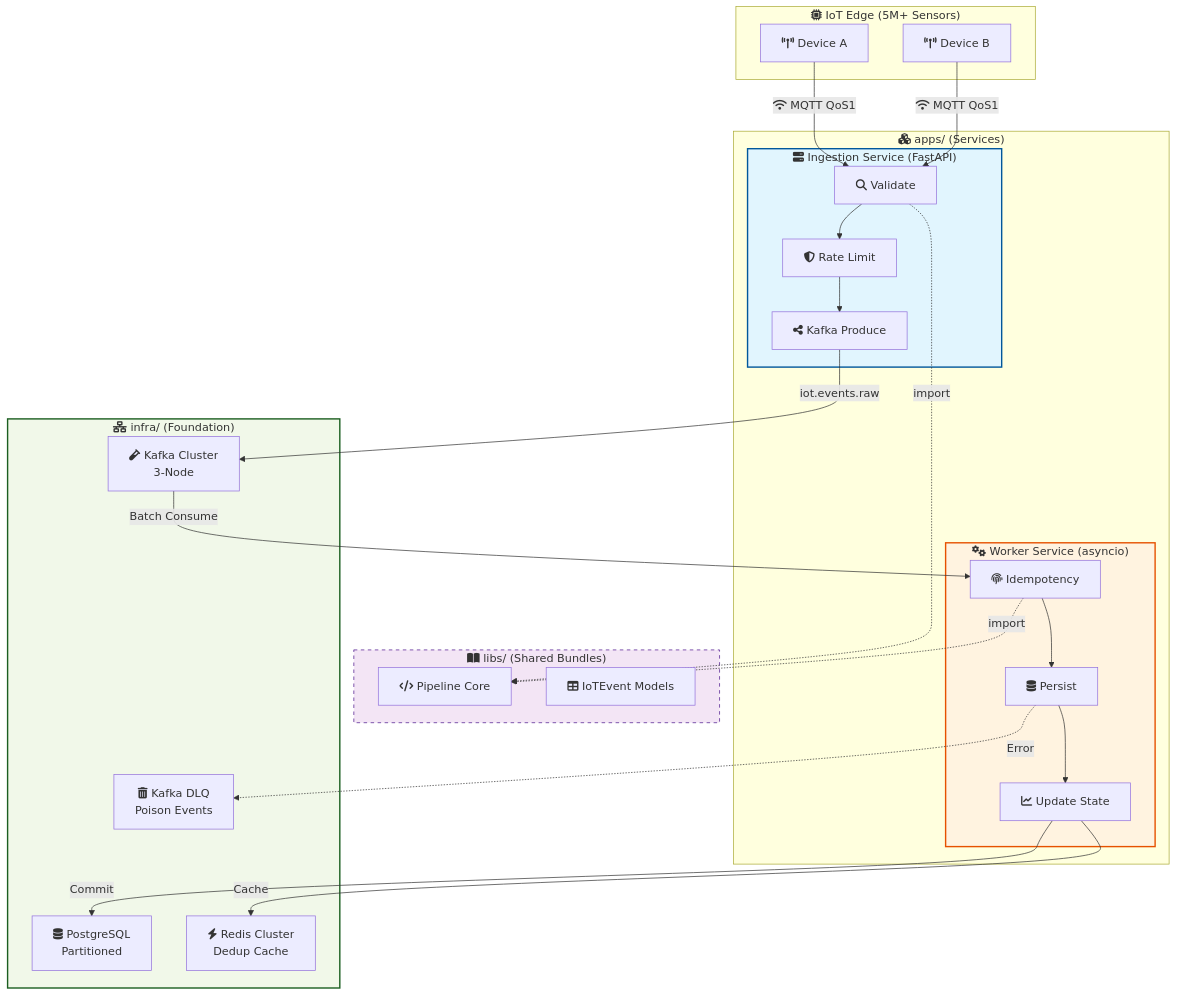
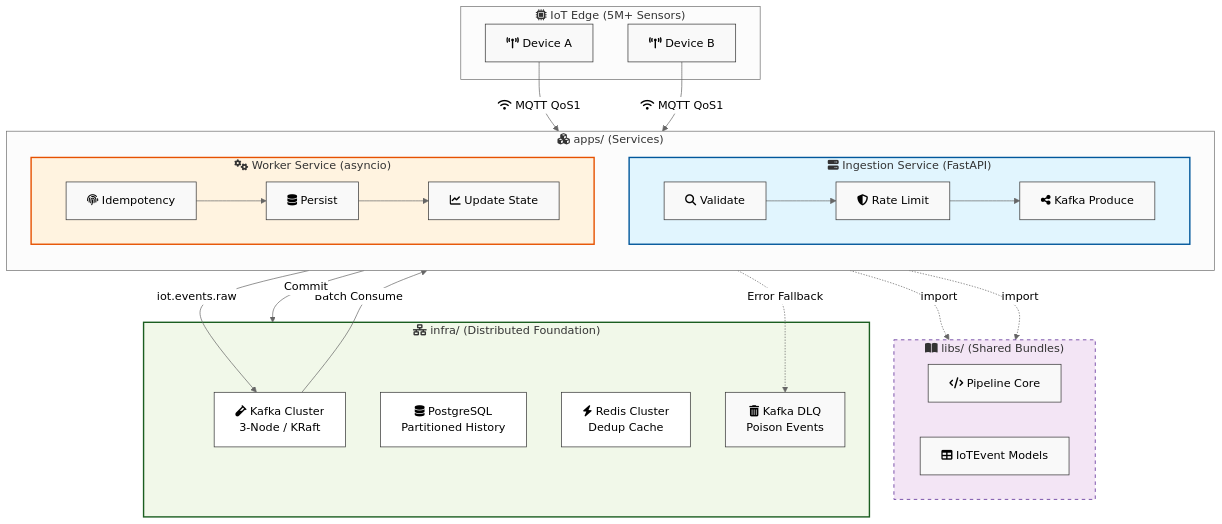
One commit to umeshror/iotflow-distributed-system changed the second of 2 diagrams in README.md. Above: the diagram before and after it, drawn with Mermaid.

````diff
--- a/README.md
+++ b/README.md
@@ -44,47 +44,51 @@
 ```mermaid
+%%{init: {'theme': 'neutral', 'themeVariables': { 'mainBkg': '#f9f9f9', 'nodeBorder': '#333'}}}%%
 graph TB
     subgraph Devices["fa:fa-microchip IoT Edge (5M+ Sensors)"]
-        D1["fa:fa-broadcast-tower Device A"]
-        D2["fa:fa-broadcast-tower Device B"]
+        D1[fa:fa-broadcast-tower Device A]
+        D2[fa:fa-broadcast-tower Device B]
     end
 
     subgraph apps["fa:fa-cubes apps/ (Services)"]
+        direction TB
         subgraph IS["fa:fa-server Ingestion Service (FastAPI)"]
-            P1["fa:fa-search Validate"] --> P2["fa:fa-shield-halved Rate Limit"]
-            P2 --> P3["fa:fa-share-nodes Kafka Produce"]
+            direction LR
+            P1[fa:fa-search Validate] --> P2[fa:fa-shield-halved Rate Limit] --> P3[fa:fa-share-nodes Kafka Produce]
         end
         
         subgraph WS["fa:fa-gears Worker Service (asyncio)"]
-            H1["fa:fa-fingerprint Idempotency"] --> H2["fa:fa-database Persist"]
-            H2 --> H3["fa:fa-chart-line Update State"]
+            direction LR
+            H1[fa:fa-fingerprint Idempotency] --> H2[fa:fa-database Persist] --> H3[fa:fa-chart-line Update State]
         end
     end
 
     subgraph libs["fa:fa-book-open libs/ (Shared Bundles)"]
-        SharedP["fa:fa-code Pipeline Core"]
-        SharedM["fa:fa-table IoTEvent Models"]
+        SharedP[fa:fa-code Pipeline Core]
+        SharedM[fa:fa-table IoTEvent Models]
     end
 
-    subgraph infra["fa:fa-network-wired infra/ (Foundation)"]
-        K2["fa:fa-vial Kafka Cluster\n3-Node"]
-        PG["fa:fa-database PostgreSQL\nPartitioned"]
-        RC["fa:fa-bolt Redis Cluster\nDedup Cache"]
-        DLQ["fa:fa-trash-can Kafka DLQ\nPoison Events"]
+    subgraph infra["fa:fa-network-wired infra/ (Distributed Foundation)"]
+        K2[fa:fa-vial Kafka Cluster\n3-Node / KRaft]
+        PG[fa:fa-database PostgreSQL\nPartitioned History]
+        RC[fa:fa-bolt Redis Cluster\nDedup Cache]
+        DLQ[fa:fa-trash-can Kafka DLQ\nPoison Events]
     end
 
-    D1 & D2 -- "fa:fa-wifi MQTT QoS1" --> P1
-    P3 -- "iot.events.raw" --> K2
-    K2 -- "Batch Consume" --> H1
-    H3 -- "Commit" --> PG
-    H3 -- "Cache" --> RC
-    H2 -. "Error" .-> DLQ
+    D1 & D2 -- "fa:fa-wifi MQTT QoS1" --> IS
+    IS -- "iot.events.raw" --> K2
+    K2 -- "Batch Consume" --> WS
+    WS -- "Commit" --> infra
+    WS -. "Error Fallback" .-> DLQ
 
     %% Internal Library Dependencies
-    P1 & H1 -. "import" .-> SharedP
+    IS & WS -. "import" .-> libs
 
     %% Styling
     style IS fill:#e1f5fe,stroke:#01579b,stroke-width:2px
     style WS fill:#fff3e0,stroke:#e65100,stroke-width:2px
     style libs fill:#f3e5f5,stroke:#4a148c,stroke-dasharray: 5 5
     style infra fill:#f1f8e9,stroke:#1b5e20,stroke-width:2px
+    style K2 fill:#fff,stroke:#333
+    style PG fill:#fff,stroke:#333
+    style RC fill:#fff,stroke:#333
 ```
````
